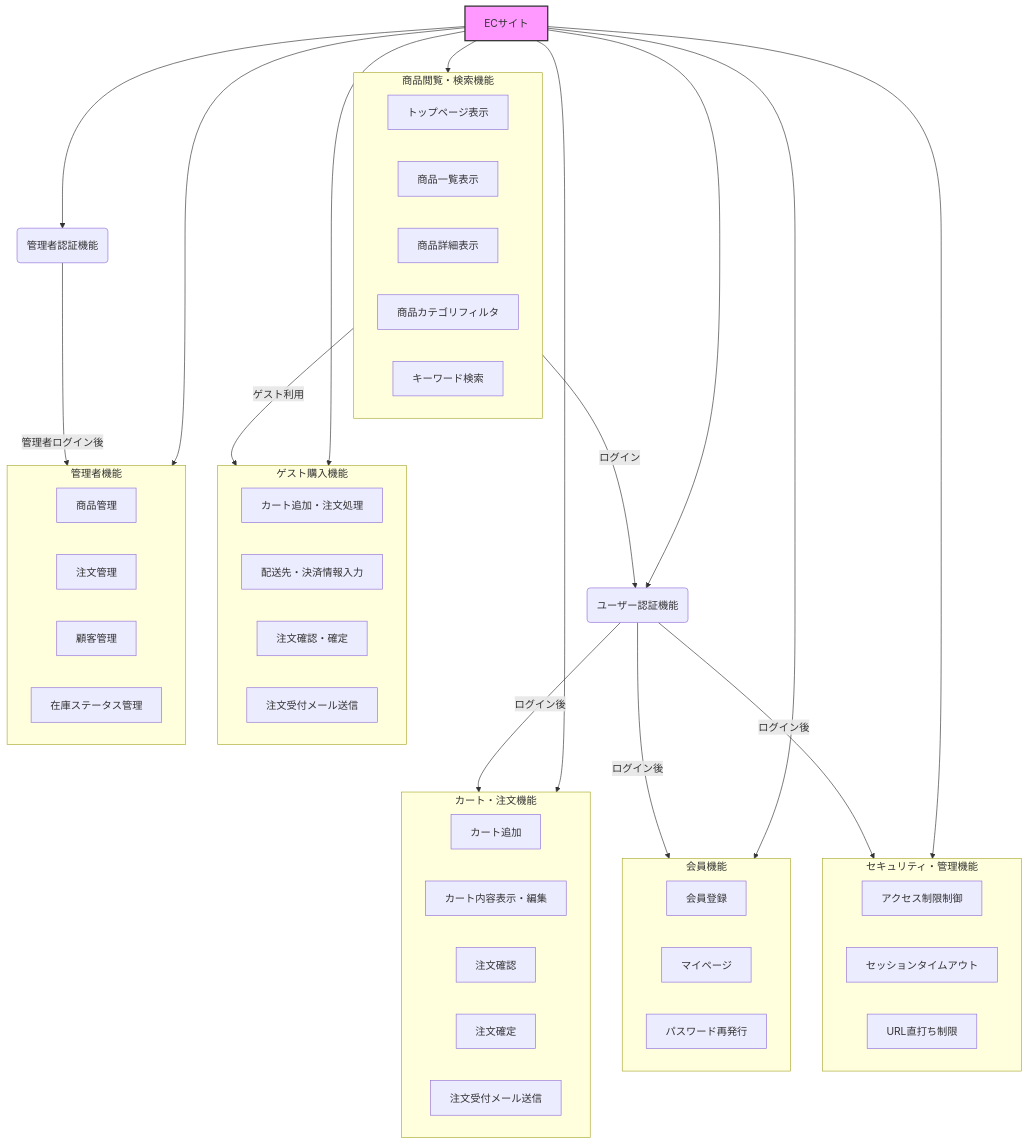
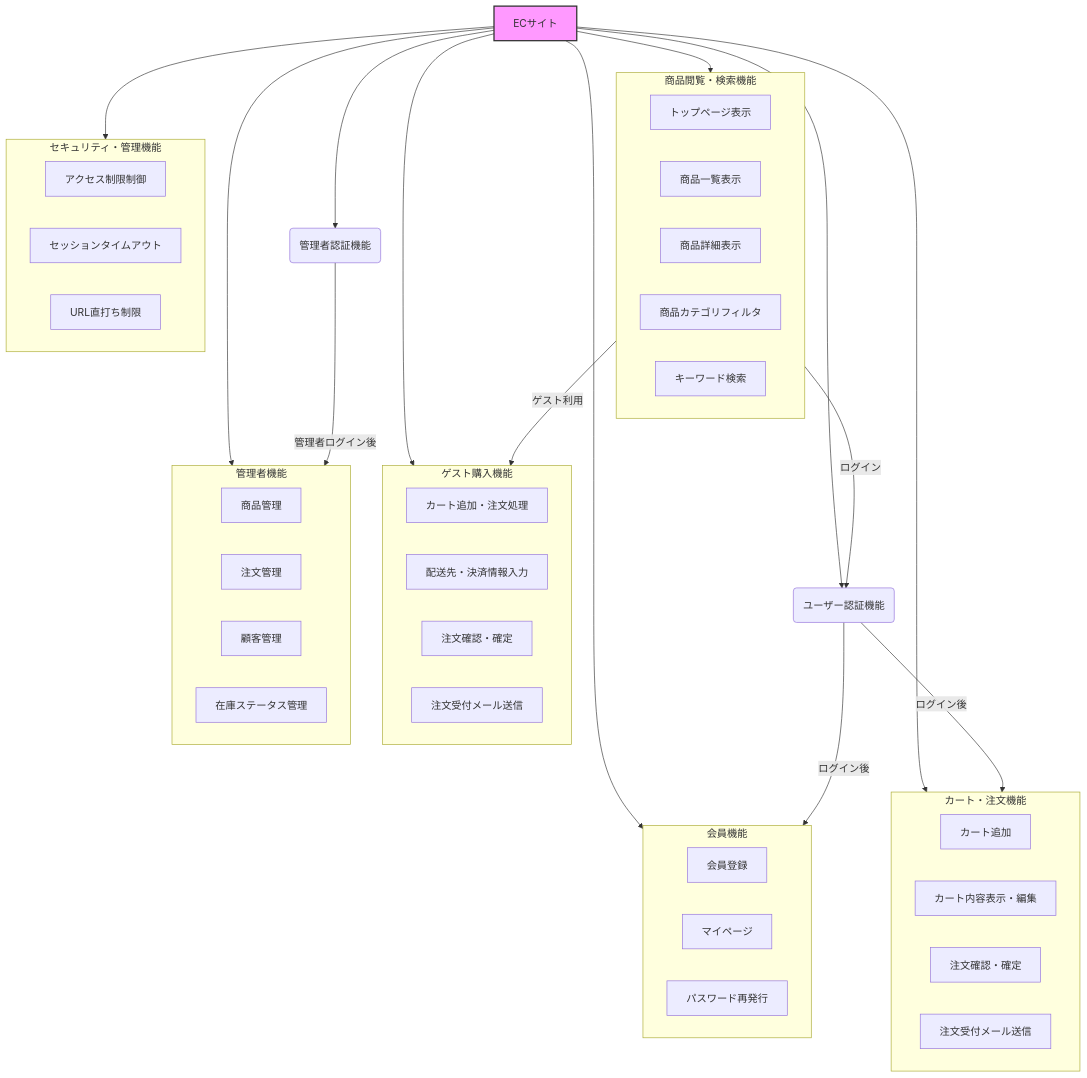
Before and after one commit to Hinako-Kimura127/neko: the second of 4 diagrams in 基本設計/基本設計.md, drawn with Mermaid. The commit also changed other lines of this file and 1 other file, not shown here.

Commit message:
三浦　基本設計変更

```diff
--- a/基本設計/基本設計.md
+++ b/基本設計/基本設計.md
@@ -138,64 +145,60 @@
 <div class="mermaid">
 graph TD
     A[ECサイト] --> B(商品閲覧・検索機能)
     A --> C(会員機能)
     A --> D(カート・注文機能)
     A --> E(ゲスト購入機能)
     A --> F(管理者機能)
-    A --> G(セキュリティ・管理機能)
-    A --> H(ユーザー認証機能)
-    A --> I(管理者認証機能)
-
-
+    A --> G(ユーザー認証機能)
+    A --> H(管理者認証機能)
+    A --> I(セキュリティ・管理機能)
 
     subgraph B[商品閲覧・検索機能]
         B1[トップページ表示]
         B2[商品一覧表示]
         B3[商品詳細表示]
         B4[商品カテゴリフィルタ]
         B5[キーワード検索]
     end
 
     subgraph C[会員機能]
         C1[会員登録]
         C2[マイページ]
         C3[パスワード再発行]
     end
 
     subgraph D[カート・注文機能]
         D1[カート追加]
         D2[カート内容表示・編集]
-        D3[注文確認]
-        D4[注文確定]
-        D5[注文受付メール送信]
+        D3[注文確認・確定]
+        D4[注文受付メール送信]
     end
 
     subgraph E[ゲスト購入機能]
         E1[カート追加・注文処理]
         E2[配送先・決済情報入力]
         E3[注文確認・確定]
         E4[注文受付メール送信]
     end
 
     subgraph F[管理者機能]
         F1[商品管理]
         F2[注文管理]
         F3[顧客管理]
         F4[在庫ステータス管理]
     end
 
-    subgraph G[セキュリティ・管理機能]
+    subgraph I[セキュリティ・管理機能]
         G1[アクセス制限制御]
         G2[セッションタイムアウト]
         G3[URL直打ち制限]
     end
 
-    H -- ログイン後 --> D
-    B -- ログイン --> H
-    H -- ログイン後 --> G
     B -- ゲスト利用 --> E
-    I -- 管理者ログイン後 --> F
-    H -- ログイン後 --> C
+    B -- ログイン --> G
+    G -- ログイン後 --> C
+    G -- ログイン後 --> D
+    H -- 管理者ログイン後 --> F
 
     style A fill:#f9f,stroke:#333,stroke-width:2px
 </div>
```
